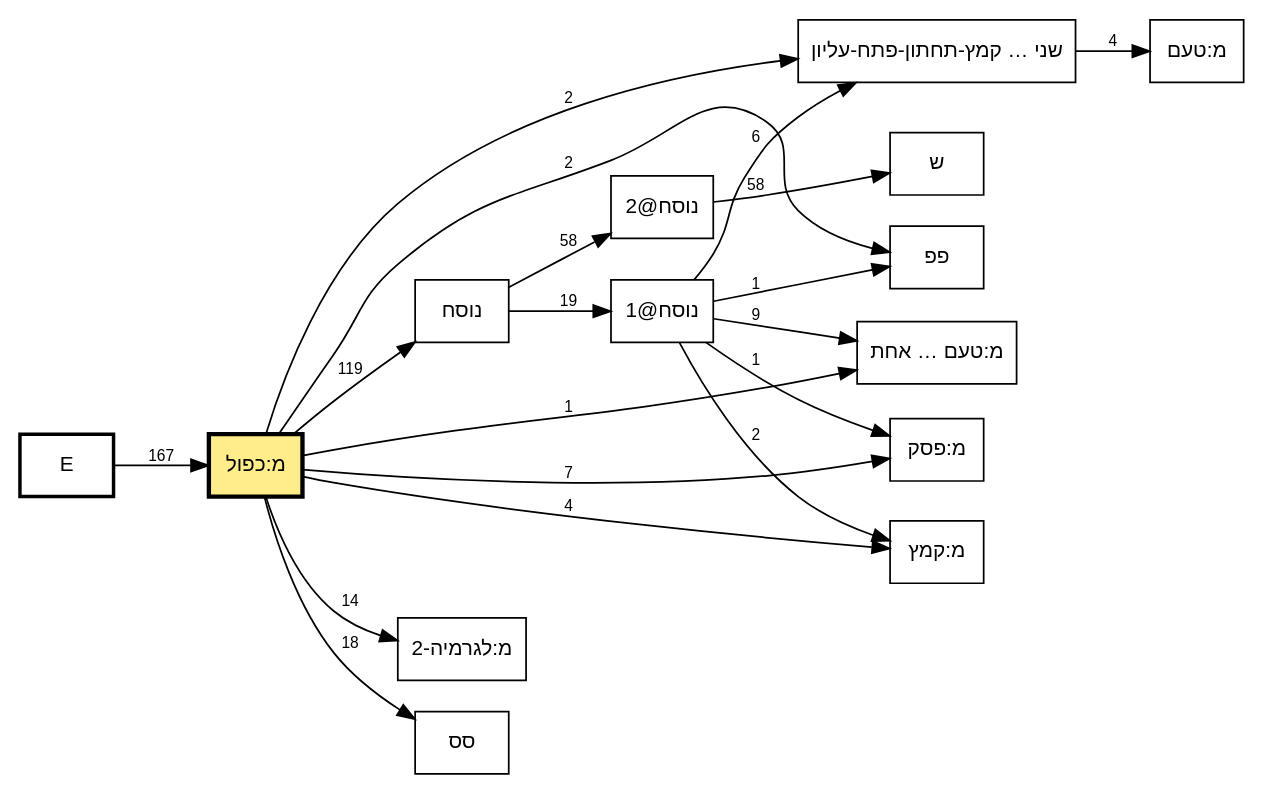
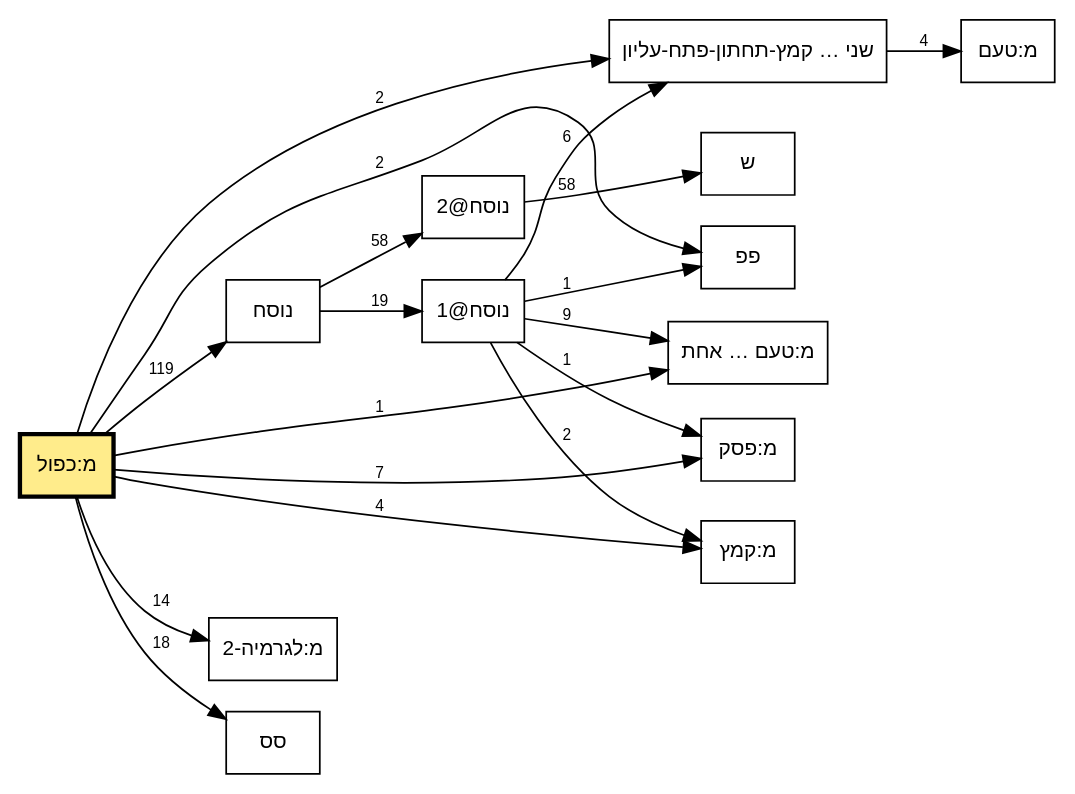
Before and after one commit to bdenckla/MAM-basics: the diagram in out/tmpl-survey-plain/plain-dualcant-call-graph.dot, drawn with Graphviz. The commit also changed 22 other files, not shown here.

Commit message:
per-column call graphs

```diff
--- a/out/tmpl-survey-plain/plain-dualcant-call-graph.dot
+++ b/out/tmpl-survey-plain/plain-dualcant-call-graph.dot
@@ -1,38 +1,33 @@
 // This file was generated by MAM-basics/py/main_tmpl_survey.py.
 // Do not edit by hand.
 digraph template_call_graph {
     rankdir=LR;
     node [fontname="SBL Hebrew,Helvetica", fontsize=12];
     edge [fontname="Helvetica", fontsize=9];
     graph [comment="This file was generated by MAM-basics/py/main_tmpl_survey.py."];
 
-    // Column nodes
-    node [shape=box, style=bold];
-    "E";
-
     // Template nodes
     node [shape=box, style=""];
     "מ:טעם ומתג באות אחת" [label="מ:טעם … אחת", tooltip="מ:טעם ומתג באות אחת"];
     "מ:כפול" [fillcolor="lightgoldenrod1", style="filled", penwidth=2.5];
     "שני טעמים באות אחת קמץ-תחתון-פתח-עליון" [label="שני … קמץ-תחתון-פתח-עליון", tooltip="שני טעמים באות אחת קמץ-תחתון-פתח-עליון"];
 
     // Edges
-    "E" -> "מ:כפול" [label="167"];
     "מ:כפול" -> "מ:טעם ומתג באות אחת" [label="1"];
     "מ:כפול" -> "מ:לגרמיה-2" [label="14"];
     "מ:כפול" -> "מ:פסק" [label="7"];
     "מ:כפול" -> "מ:קמץ" [label="4"];
     "מ:כפול" -> "נוסח" [label="119"];
     "מ:כפול" -> "סס" [label="18"];
     "מ:כפול" -> "פפ" [label="2"];
     "מ:כפול" -> "שני טעמים באות אחת קמץ-תחתון-פתח-עליון" [label="2"];
     "נוסח" -> "נוסח@1" [label="19"];
     "נוסח" -> "נוסח@2" [label="58"];
     "נוסח@1" -> "מ:טעם ומתג באות אחת" [label="9"];
     "נוסח@1" -> "מ:פסק" [label="1"];
     "נוסח@1" -> "מ:קמץ" [label="2"];
     "נוסח@1" -> "פפ" [label="1"];
     "נוסח@1" -> "שני טעמים באות אחת קמץ-תחתון-פתח-עליון" [label="6"];
     "נוסח@2" -> "ש" [label="58"];
     "שני טעמים באות אחת קמץ-תחתון-פתח-עליון" -> "מ:טעם" [label="4"];
 }
```
